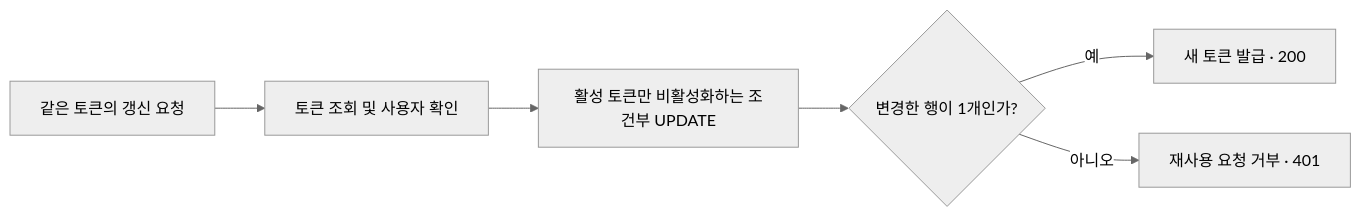
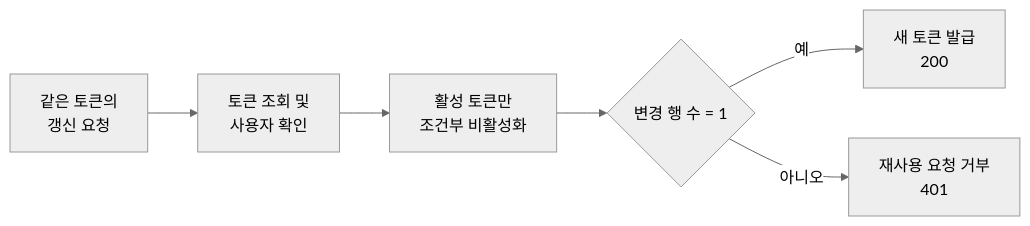
The first of 4 diagrams in README.md (yuyeol3/backend-portfolio), drawn with Mermaid (neutral theme) before and after one commit. The commit also changed other lines of this file, not shown here.

Commit message:
docs: improve diagram line breaks

````diff
--- a/README.md
+++ b/README.md
@@ -55,8 +55,8 @@
 ```mermaid
 flowchart LR
-    A["같은 토큰의 갱신 요청"] --> B["토큰 조회 및 사용자 확인"]
-    B --> C["활성 토큰만 비활성화하는 조건부 UPDATE"]
-    C --> D{"변경한 행이 1개인가?"}
-    D -->|예| E["새 토큰 발급 · 200"]
-    D -->|아니오| F["재사용 요청 거부 · 401"]
+    A["같은 토큰의<br/>갱신 요청"] --> B["토큰 조회 및<br/>사용자 확인"]
+    B --> C["활성 토큰만<br/>조건부 비활성화"]
+    C --> D{"변경 행 수 = 1"}
+    D -->|예| E["새 토큰 발급<br/>200"]
+    D -->|아니오| F["재사용 요청 거부<br/>401"]
 ```
````
